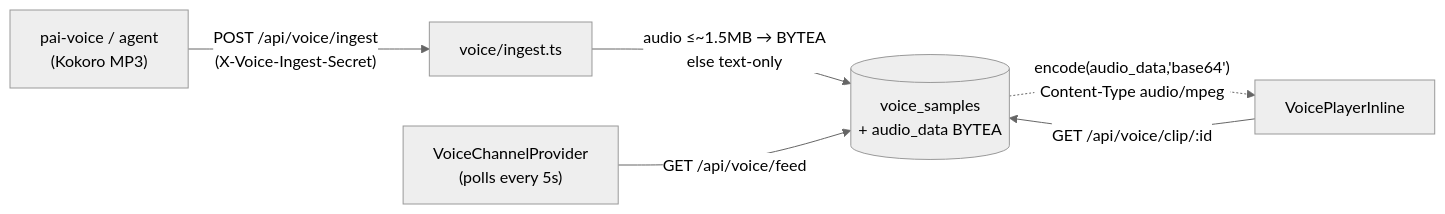
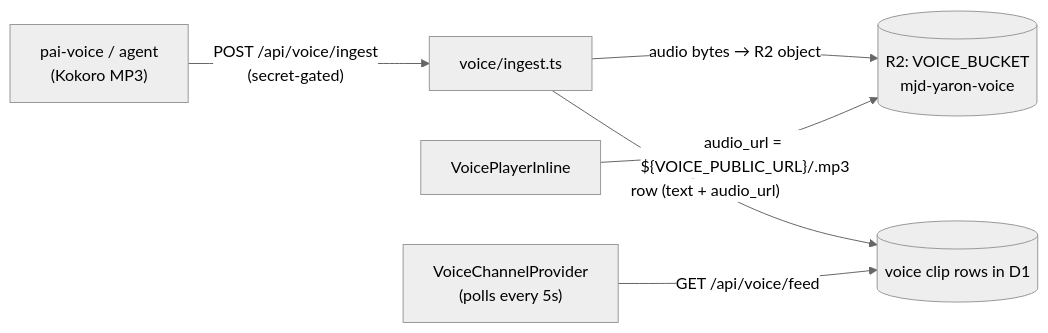
The sixth of 8 diagrams in docs/ARCHITECTURE.md (aitheroad-dev/my-jarvis-dashboard-yaron), drawn with Mermaid (neutral theme) before and after one commit. The commit also changed other lines of this file and 6 other files, not shown here.

Commit message:
docs: align dashboard docs with current stack — D1 + Cloudflare Access + direct-upload deploy, 15-page taxonomy (Tickets→Situation); reframe CLAUDE.md + myjarvis-dashboard skill as live instance, demote Neon/WorkOS/template flow to historical

````diff
--- a/docs/ARCHITECTURE.md
+++ b/docs/ARCHITECTURE.md
@@ -376,8 +401,8 @@
 ```mermaid
 flowchart LR
-  KOKORO["pai-voice / agent\n(Kokoro MP3)"] -->|"POST /api/voice/ingest\n(X-Voice-Ingest-Secret)"| ING["voice/ingest.ts"]
-  ING -->|"audio ≤~1.5MB → BYTEA\nelse text-only"| VS[(voice_samples\n+ audio_data BYTEA)]
+  KOKORO["pai-voice / agent\n(Kokoro MP3)"] -->|"POST /api/voice/ingest\n(secret-gated)"| ING["voice/ingest.ts"]
+  ING -->|"audio bytes → R2 object"| R2[("R2: VOICE_BUCKET\nmjd-yaron-voice")]
+  ING -->|"row (text + audio_url)"| VS[(voice clip rows in D1)]
   FEED["VoiceChannelProvider\n(polls every 5s)"] -->|"GET /api/voice/feed"| VS
-  PLAYER["VoicePlayerInline"] -->|"GET /api/voice/clip/:id"| VS
-  VS -.->|"encode(audio_data,'base64')\nContent-Type audio/mpeg"| PLAYER
+  PLAYER["VoicePlayerInline"] -->|"audio_url = ${VOICE_PUBLIC_URL}/<id>.mp3"| R2
 ```
````
